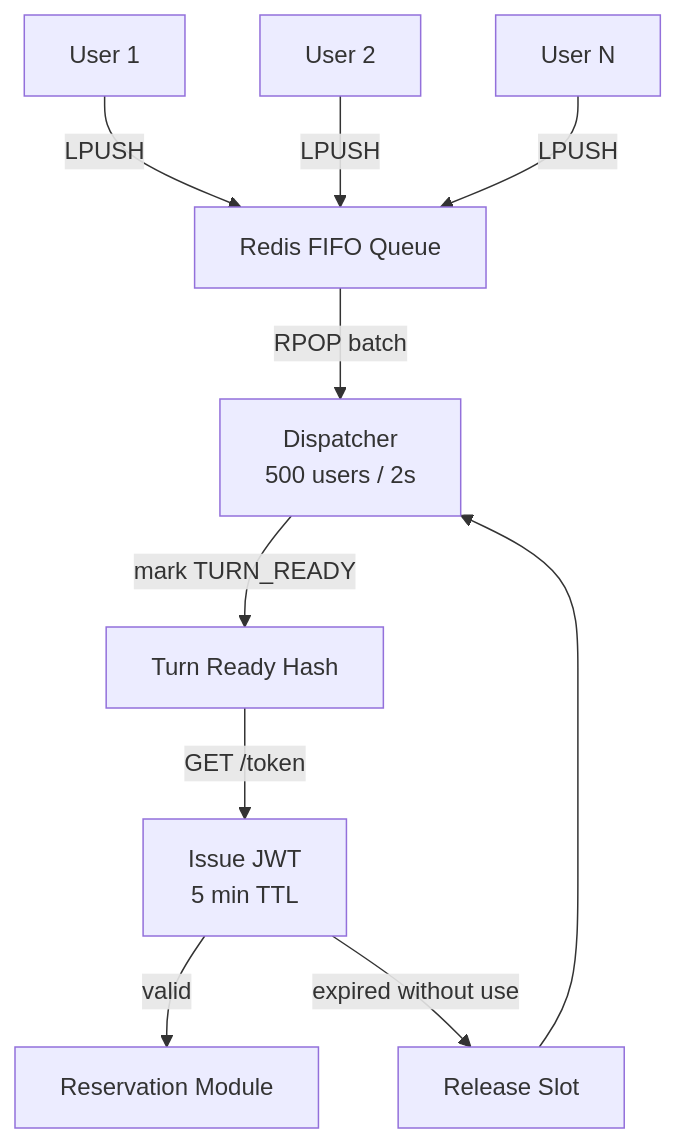
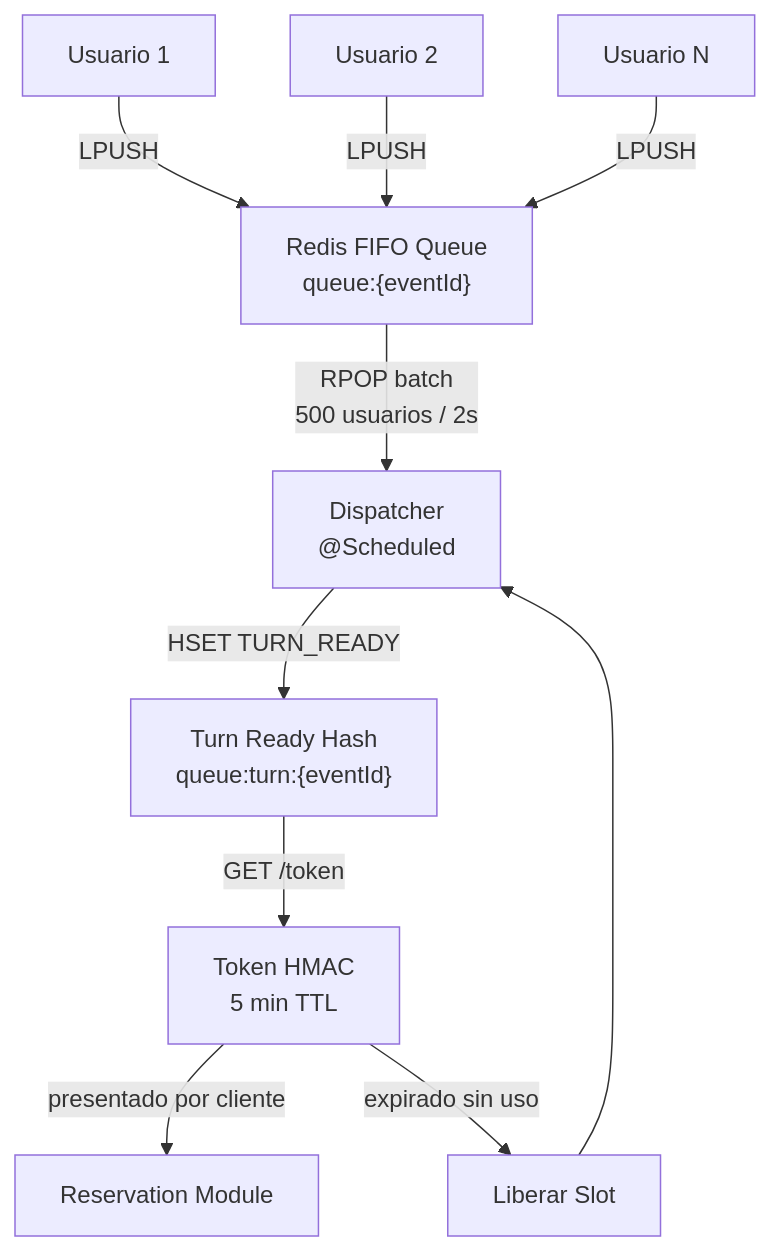
Before and after one commit to jrgavilanes/ticket-monster: diagram 12 of 15 in README.md, drawn with Mermaid. The commit also changed other lines of this file and 3 other files, not shown here.

````diff
--- a/README.md
+++ b/README.md
@@ -148,14 +1188,14 @@
 ```mermaid
-flowchart TD
-    U1[User 1] -->|LPUSH| Q[Redis FIFO Queue]
-    U2[User 2] -->|LPUSH| Q
-    UN[User N] -->|LPUSH| Q
+graph TD
+    U1["Usuario 1"] -->|"LPUSH"| Q["Redis FIFO Queue<br/>queue:{eventId}"]
+    U2["Usuario 2"] -->|"LPUSH"| Q
+    UN["Usuario N"] -->|"LPUSH"| Q
 
-    Q -->|RPOP batch| D[Dispatcher<br/>500 users / 2s]
-    D -->|mark TURN_READY| TR[Turn Ready Hash]
-    TR -->|GET /token| JWT[Issue JWT<br/>5 min TTL]
-    JWT -->|valid| RES[Reservation Module]
+    Q -->|"RPOP batch<br/>500 usuarios / 2s"| D["Dispatcher<br/>@Scheduled"]
+    D -->|"HSET TURN_READY"| TR["Turn Ready Hash<br/>queue:turn:{eventId}"]
+    TR -->|"GET /token"| JWT["Token HMAC<br/>5 min TTL"]
+    JWT -->|"presentado por cliente"| RES["Reservation Module"]
 
-    JWT -->|expired without use| FREE[Release Slot]
+    JWT -->|"expirado sin uso"| FREE["Liberar Slot"]
     FREE --> D
 ```
````
